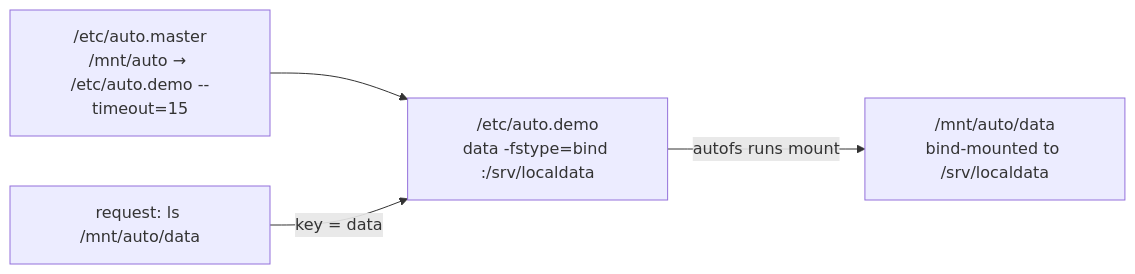
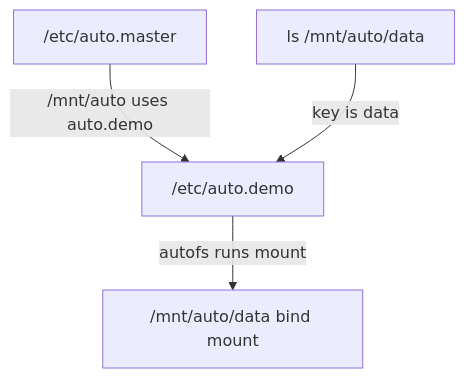
One commit to astrona-io/ATS004 changed the diagram in sections/section-050/module-01/course-02-master-map-and-triggering.md. Above: the diagram before and after it, drawn with Mermaid. The commit also changed other lines of this file and 287 other files, not shown here.

````diff
--- a/sections/section-050/module-01/course-02-master-map-and-triggering.md
+++ b/sections/section-050/module-01/course-02-master-map-and-triggering.md
@@ -31,6 +27,6 @@
 ```mermaid
-flowchart LR
-    MASTER["/etc/auto.master<br/>/mnt/auto → /etc/auto.demo --timeout=15"] --> MAP["/etc/auto.demo<br/>data -fstype=bind :/srv/localdata"]
-    REQ["request: ls /mnt/auto/data"] -->|"key = data"| MAP
-    MAP -->|"autofs runs mount"| MOUNT["/mnt/auto/data<br/>bind-mounted to /srv/localdata"]
+flowchart TB
+    M["/etc/auto.master"] -->|"/mnt/auto uses auto.demo"| A["/etc/auto.demo"]
+    Q["ls /mnt/auto/data"] -->|"key is data"| A
+    A -->|"autofs runs mount"| B["/mnt/auto/data bind mount"]
 ```
````
